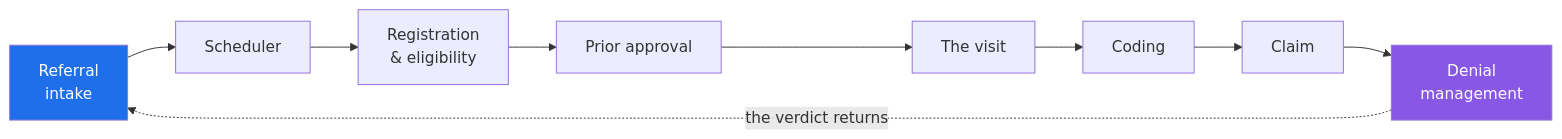
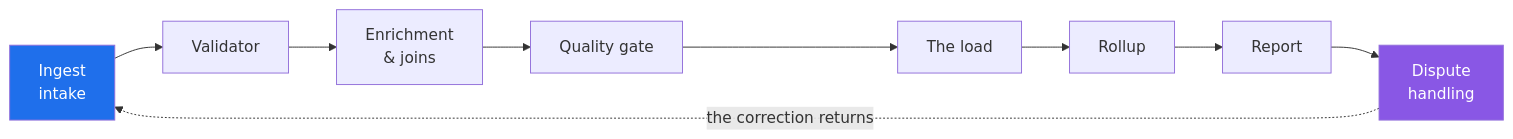
One commit to harlanlewis/birta-writer changed the third of 5 diagrams in webview/__tests__/fixtures/mixed-real-document.md. Above: the diagram before and after it, drawn with Mermaid. The commit also changed other lines of this file and 1 other file, not shown here.

````diff
--- a/webview/__tests__/fixtures/mixed-real-document.md
+++ b/webview/__tests__/fixtures/mixed-real-document.md
@@ -57,14 +57,14 @@
 ```mermaid
 flowchart LR
-    A["Referral<br/>intake"] --> B["Scheduler"]
-    B --> C["Registration<br/>& eligibility"]
-    C --> D["Prior approval"]
-    D --> E["The visit"]
-    E --> F["Coding"]
-    F --> G["Claim"]
-    G --> H["Denial<br/>management"]
-    H -.->|"the verdict returns"| A
+    A["Ingest<br/>intake"] --> B["Validator"]
+    B --> C["Enrichment<br/>& joins"]
+    C --> D["Quality gate"]
+    D --> E["The load"]
+    E --> F["Rollup"]
+    F --> G["Report"]
+    G --> H["Dispute<br/>handling"]
+    H -.->|"the correction returns"| A
 
     style A fill:#1f6feb,color:#fff
     style H fill:#8957e5,color:#fff
 ```
````
